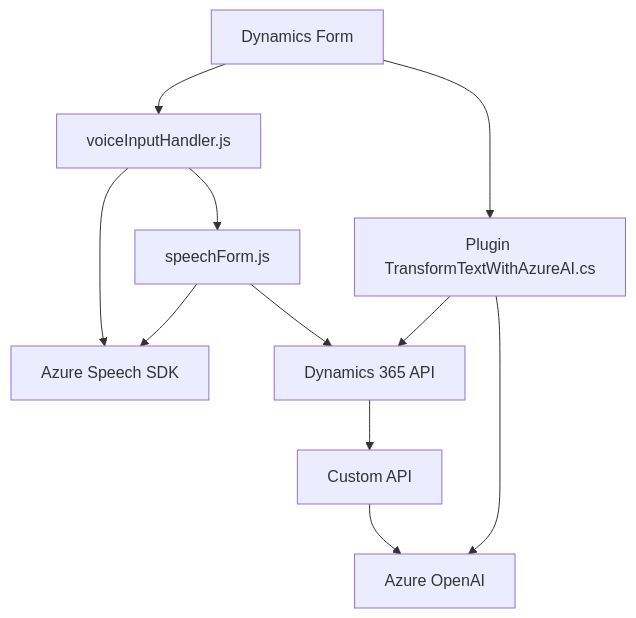
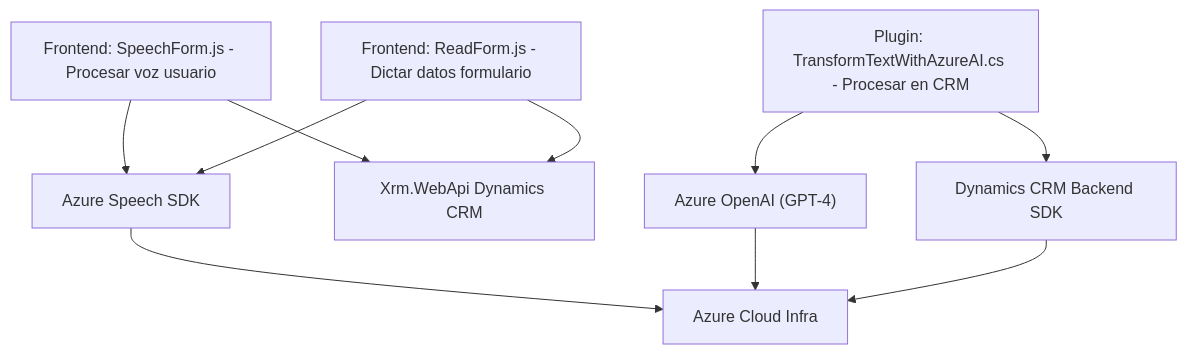
One commit to blopezdm/NETCORE_BILBAO2025 changed the diagram in README.md. Above: the diagram before and after it, drawn with Mermaid. The commit also changed other lines of this file, not shown here.

````diff
--- a/README.md
+++ b/README.md
@@ -32,13 +41,12 @@
 ```mermaid
 graph TD
-  A["Dynamics Form"] --> B["voiceInputHandler.js"]
-  B --> C["Azure Speech SDK"]
-  B --> D["speechForm.js"]
-  D --> C
-  D --> E["Dynamics 365 API"]
-  E --> F["Custom API"]
-  F --> G["Azure OpenAI"]
-  A --> H["Plugin TransformTextWithAzureAI.cs"]
-  H --> G
-  H --> E
+    A["Frontend: SpeechForm.js - Procesar voz usuario"] --> B["Azure Speech SDK"]
+    A["Frontend: SpeechForm.js - Procesar voz usuario"] --> C["Xrm.WebApi Dynamics CRM"]
+    D["Frontend: ReadForm.js - Dictar datos formulario"] --> B["Azure Speech SDK"]
+    D["Frontend: ReadForm.js - Dictar datos formulario"] --> C["Xrm.WebApi Dynamics CRM"]
+    E["Plugin: TransformTextWithAzureAI.cs - Procesar en CRM"] --> F["Dynamics CRM Backend SDK"]
+    E["Plugin: TransformTextWithAzureAI.cs - Procesar en CRM"] --> G["Azure OpenAI (GPT-4)"]
+    B["Azure Speech SDK"] --> H["Azure Cloud Infra"]
+    G["Azure OpenAI (GPT-4)"] --> H["Azure Cloud Infra"]
+    F["Dynamics CRM Backend SDK"] --> H["Azure Cloud Infra"]
 ```
````
